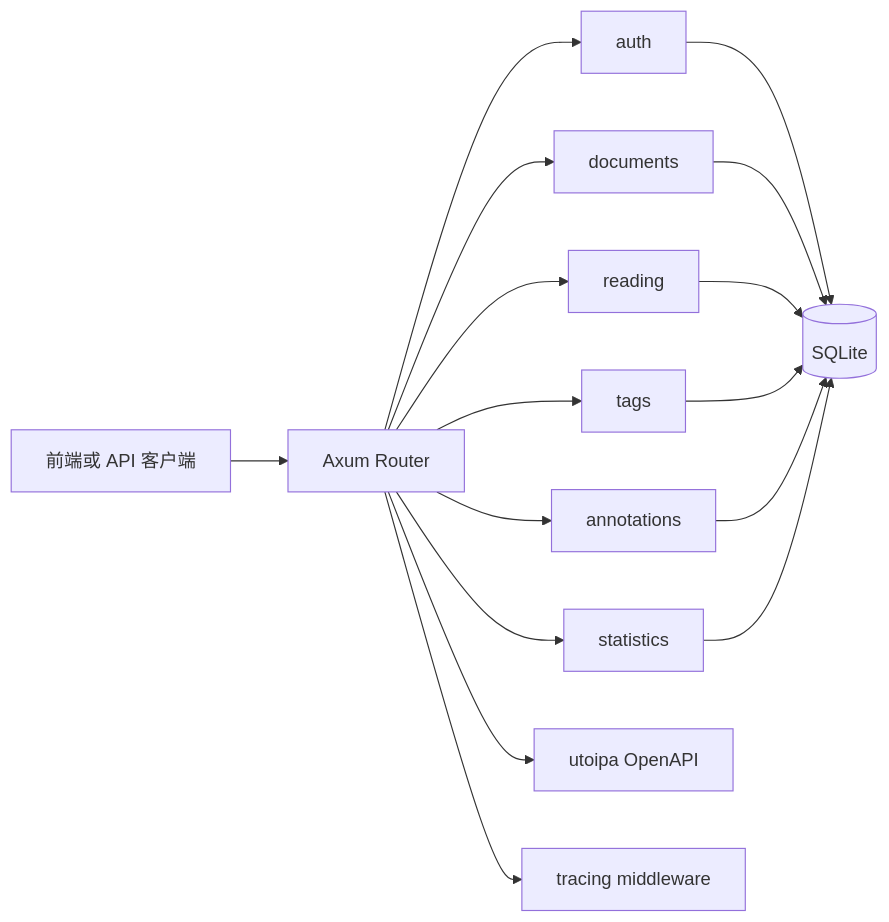
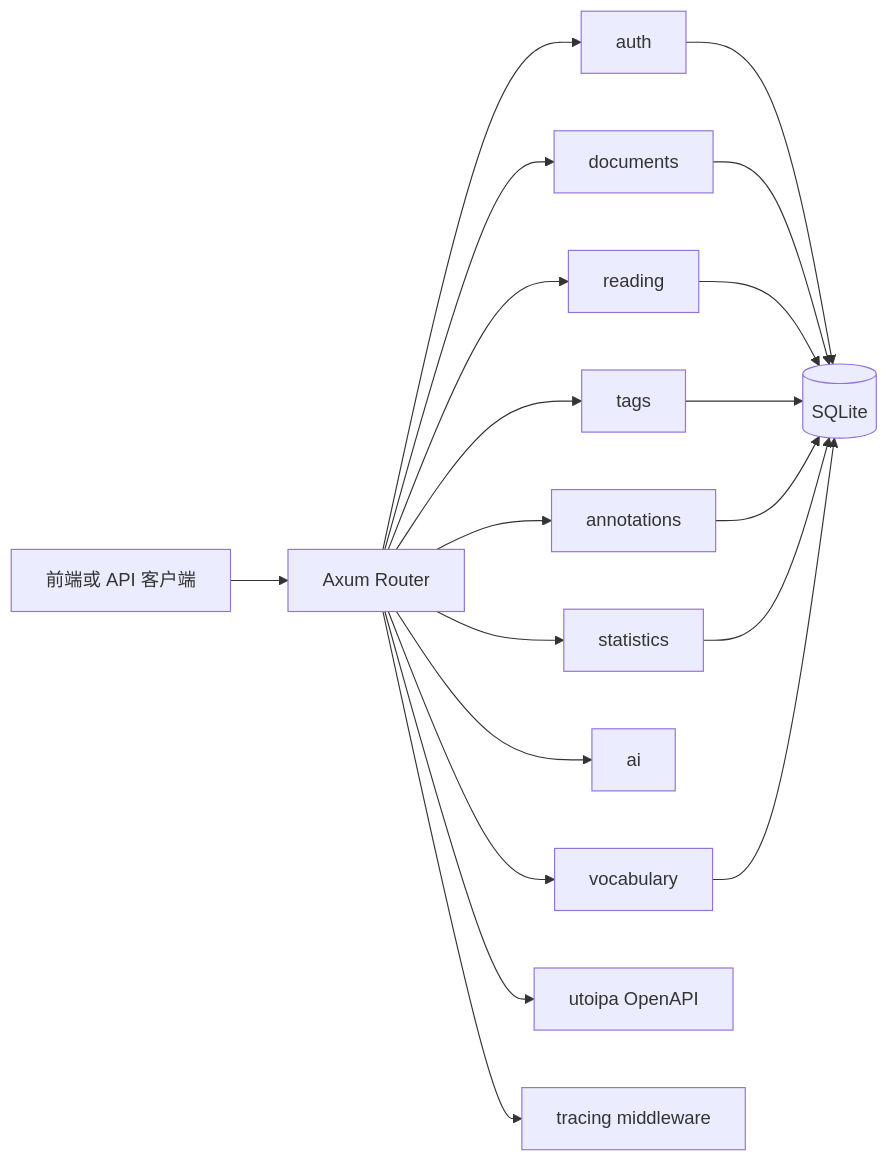
The first of 2 diagrams in docs/design/BACKEND_ARCHITECTURE.md (huishingcheung/IntelliRead), drawn with Mermaid before and after one commit. The commit also changed other lines of this file and 7 other files, not shown here.

````diff
--- a/docs/design/BACKEND_ARCHITECTURE.md
+++ b/docs/design/BACKEND_ARCHITECTURE.md
@@ -15,18 +15,21 @@
 ```mermaid
 flowchart LR
     Client[前端或 API 客户端] --> Router[Axum Router]
     Router --> Auth[auth]
     Router --> Documents[documents]
     Router --> Reading[reading]
     Router --> Tags[tags]
     Router --> Annotations[annotations]
     Router --> Statistics[statistics]
+    Router --> AI[ai]
+    Router --> Vocabulary[vocabulary]
     Auth --> DB[(SQLite)]
     Documents --> DB
     Reading --> DB
     Tags --> DB
     Annotations --> DB
     Statistics --> DB
+    Vocabulary --> DB
     Router --> OpenAPI[utoipa OpenAPI]
     Router --> Trace[tracing middleware]
 ```
````
